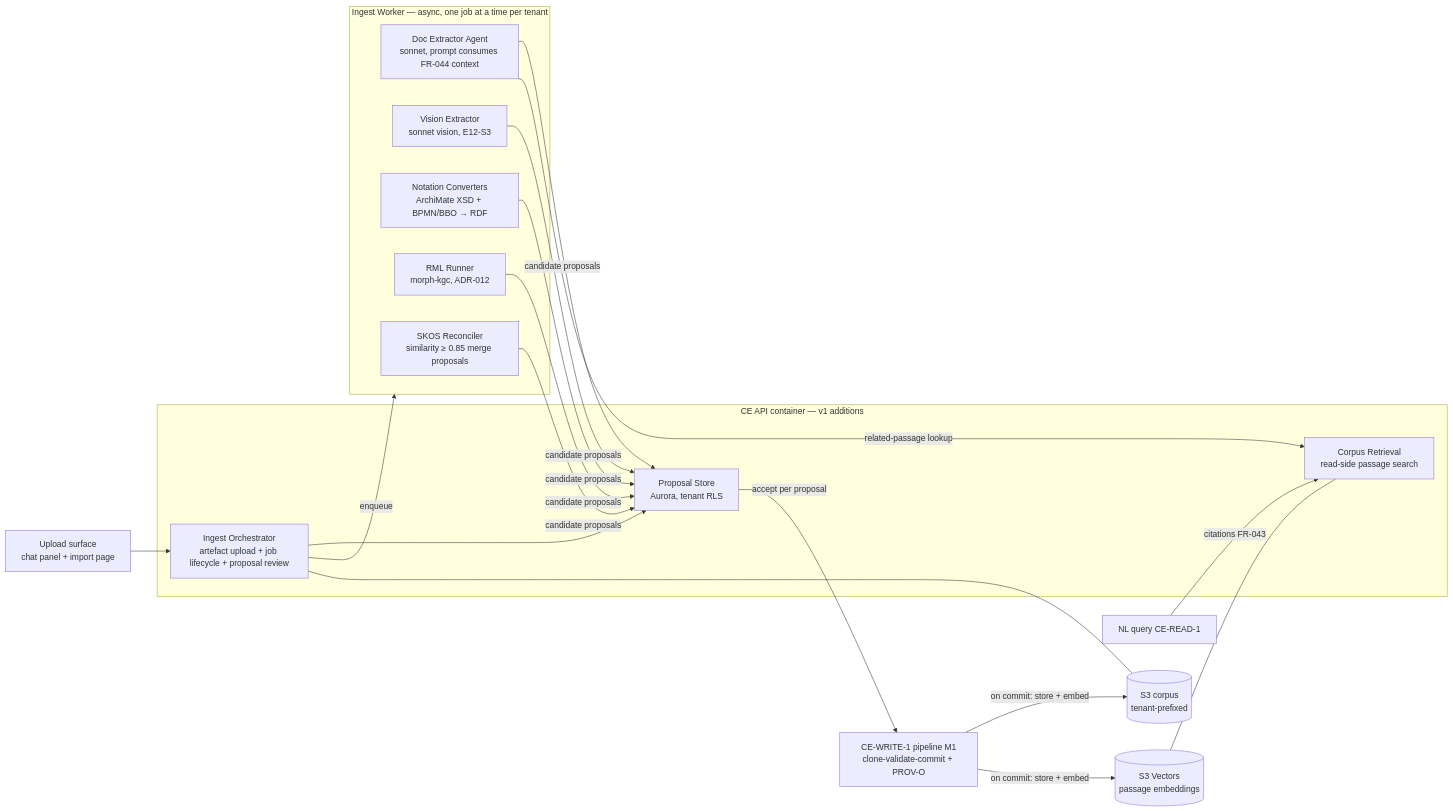
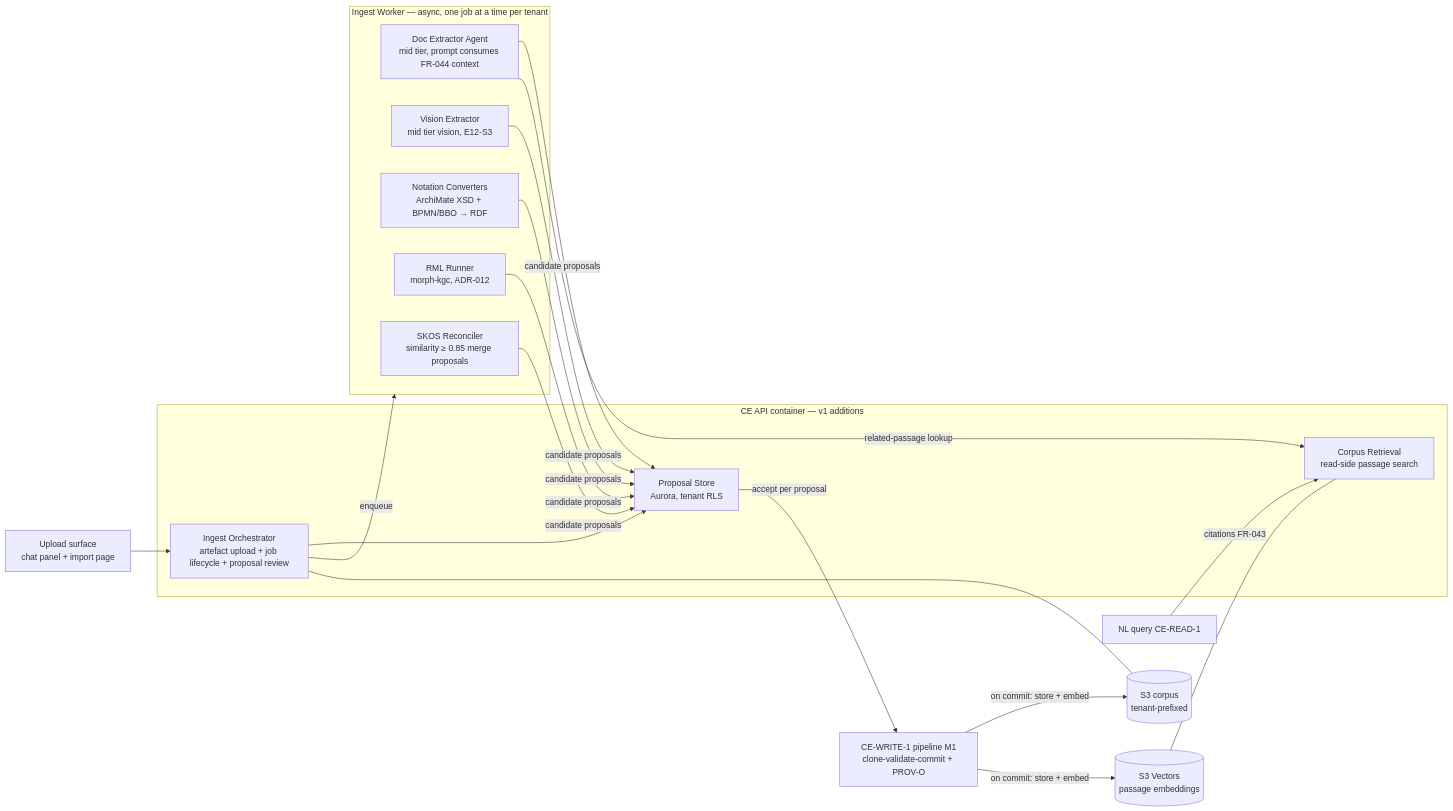
The diagram in docs/specs/weave/engines/constitution-engine/tech-spec/v1-delta.md (gazzwi86/weave), drawn with Mermaid before and after one commit. The commit also changed 42 other files, not shown here.

````diff
--- a/docs/specs/weave/engines/constitution-engine/tech-spec/v1-delta.md
+++ b/docs/specs/weave/engines/constitution-engine/tech-spec/v1-delta.md
@@ -43,25 +43,25 @@
 ```mermaid
 flowchart LR
     subgraph api[CE API container — v1 additions]
         IO[Ingest Orchestrator<br/>artefact upload + job lifecycle + proposal review]
         PR[Proposal Store<br/>Aurora, tenant RLS]
         CS[Corpus Retrieval<br/>read-side passage search]
     end
     subgraph worker[Ingest Worker — async, one job at a time per tenant]
-        EX[Doc Extractor Agent<br/>sonnet, prompt consumes FR-044 context]
-        VX[Vision Extractor<br/>sonnet vision, E12-S3]
+        EX[Doc Extractor Agent<br/>mid tier, prompt consumes FR-044 context]
+        VX[Vision Extractor<br/>mid tier vision, E12-S3]
         NC[Notation Converters<br/>ArchiMate XSD + BPMN/BBO → RDF]
         RML[RML Runner<br/>morph-kgc, ADR-012]
         RC[SKOS Reconciler<br/>similarity ≥ 0.85 merge proposals]
     end
     U[Upload surface<br/>chat panel + import page] --> IO
     IO --> PR
     IO -->|enqueue| worker
     EX & VX & NC & RML & RC -->|candidate proposals| PR
     PR -->|accept per proposal| W1[CE-WRITE-1 pipeline M1<br/>clone-validate-commit + PROV-O]
     S3[(S3 corpus<br/>tenant-prefixed)] --- IO
     SV[(S3 Vectors<br/>passage embeddings)] --- CS
     EX -->|related-passage lookup| CS
     NLQ[NL query CE-READ-1] -->|citations FR-043| CS
     W1 -->|on commit: store + embed| S3 & SV
 ```
````
